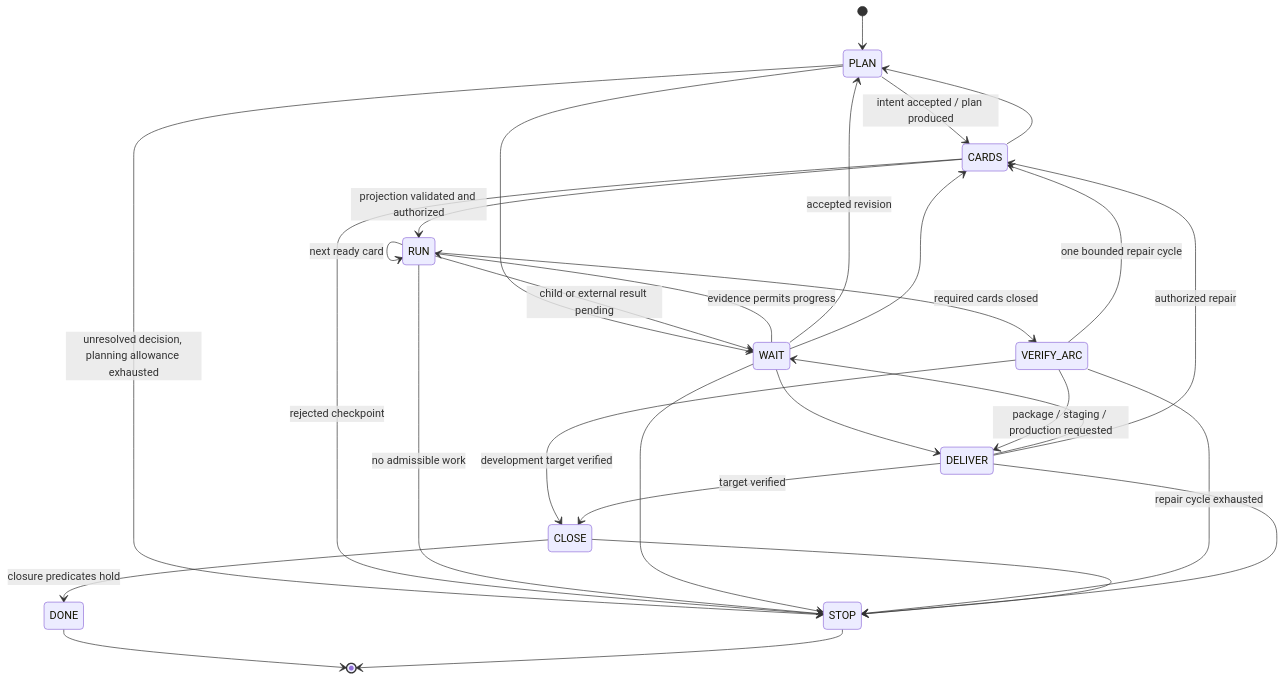
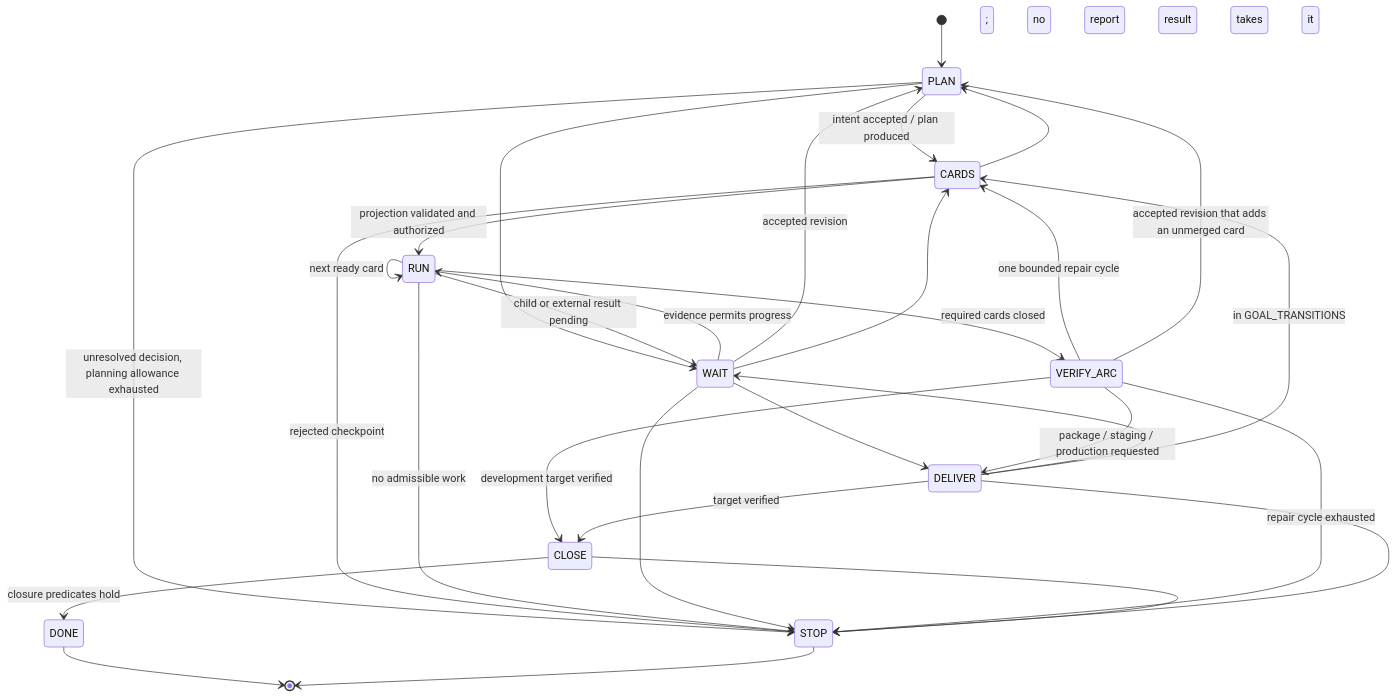
One commit to Asun28/AIDLC changed the first of 2 diagrams in docs/ARCHITECTURE.md. Above: the diagram before and after it, drawn with Mermaid. The commit also changed other lines of this file and 8 other files, not shown here.

First line of the commit message:
fix: [T0-CARDS-PROJECTED-REENTRY] after VERIFY_ARC a card enters only by repair or revision; arc-verified needs every listed card merged

````diff
--- a/docs/ARCHITECTURE.md
+++ b/docs/ARCHITECTURE.md
@@ -48,31 +48,32 @@
 ```mermaid
 stateDiagram-v2
   [*] --> PLAN
   PLAN --> CARDS: intent accepted / plan produced
   PLAN --> WAIT
   PLAN --> STOP: unresolved decision, planning allowance exhausted
   CARDS --> RUN: projection validated and authorized
   CARDS --> PLAN
   CARDS --> STOP: rejected checkpoint
   RUN --> RUN: next ready card
   RUN --> WAIT: child or external result pending
   RUN --> VERIFY_ARC: required cards closed
   RUN --> STOP: no admissible work
   WAIT --> RUN: evidence permits progress
   WAIT --> PLAN: accepted revision
   WAIT --> CARDS
   WAIT --> DELIVER
   WAIT --> STOP
   VERIFY_ARC --> CARDS: one bounded repair cycle
   VERIFY_ARC --> CLOSE: development target verified
   VERIFY_ARC --> DELIVER: package / staging / production requested
   VERIFY_ARC --> STOP: repair cycle exhausted
+  VERIFY_ARC --> PLAN: accepted revision that adds an unmerged card
   DELIVER --> WAIT
-  DELIVER --> CARDS: authorized repair
+  DELIVER --> CARDS: in GOAL_TRANSITIONS; no report result takes it
   DELIVER --> CLOSE: target verified
   DELIVER --> STOP
   CLOSE --> DONE: closure predicates hold
   CLOSE --> STOP
   DONE --> [*]
   STOP --> [*]
 ```
````
